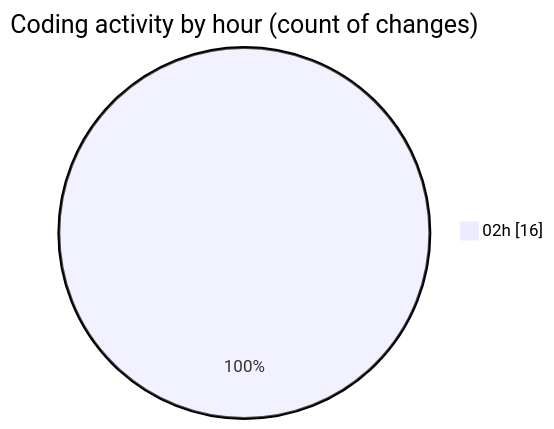
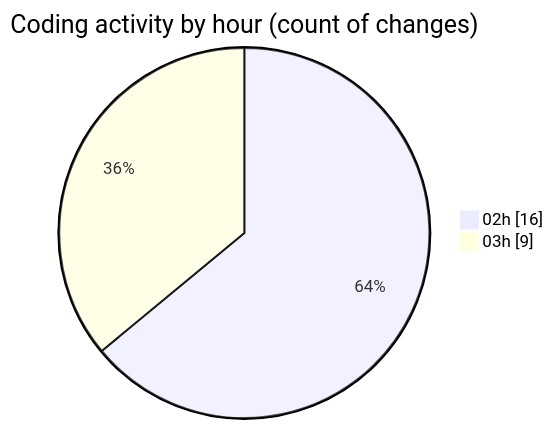
Before and after one commit to lephambinh05/code-tracking: the second of 2 diagrams in 2025-07-31/studybuddy/README.md, drawn with Mermaid. The commit also changed other lines of this file and 1 other file, not shown here.

````diff
--- a/2025-07-31/studybuddy/README.md
+++ b/2025-07-31/studybuddy/README.md
@@ -37,5 +40,6 @@
 ```mermaid
 pie showData
 title Coding activity by hour (count of changes)
 "02h" : 16
+"03h" : 9
 ```
````
